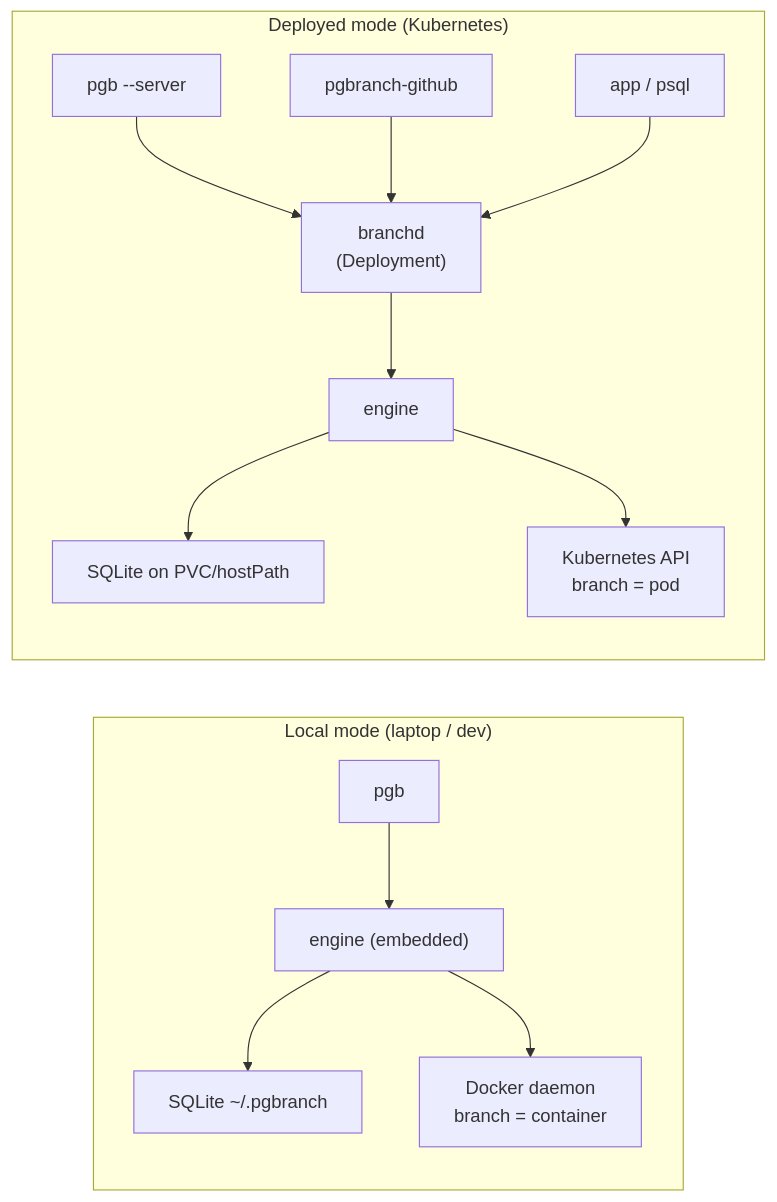
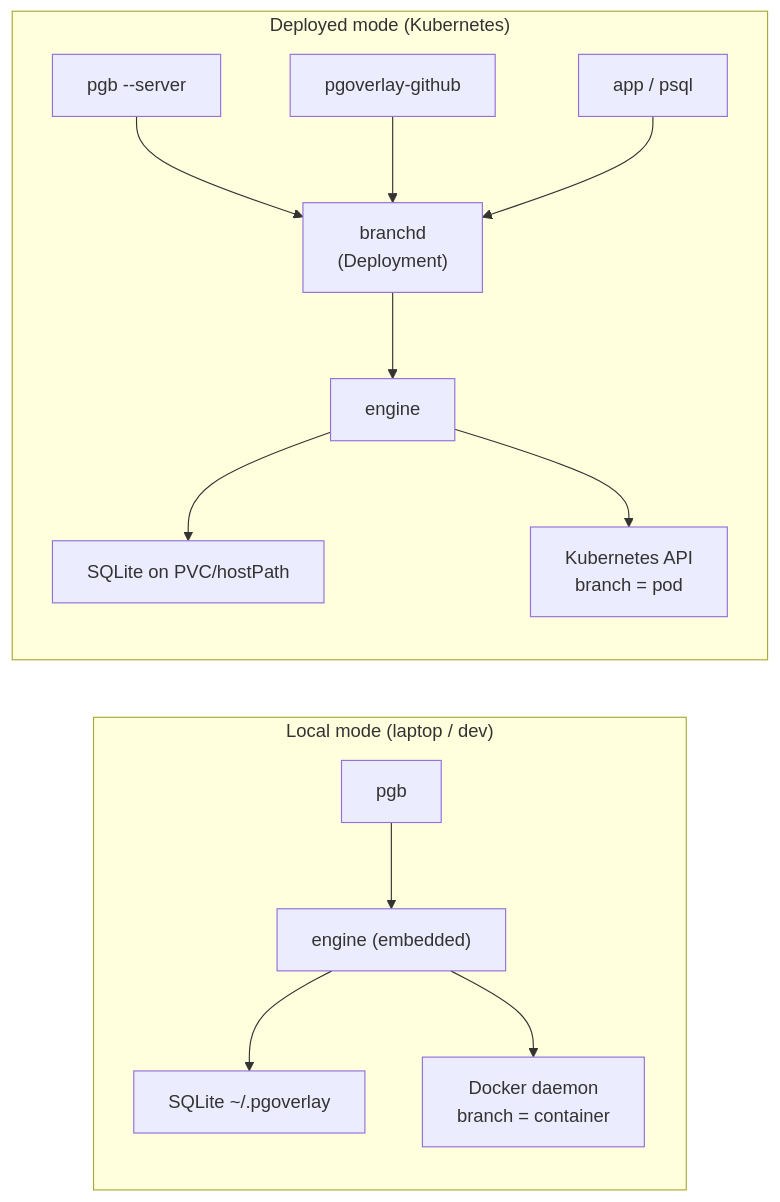
Before and after one commit to abd-ulbasit/pgoverlay: the second of 5 diagrams in docs/code-tour.md, drawn with Mermaid. The commit also changed other lines of this file and 159 other files, not shown here.

````diff
--- a/docs/code-tour.md
+++ b/docs/code-tour.md
@@ -231,17 +231,17 @@
 ```mermaid
 graph LR
     subgraph local["Local mode (laptop / dev)"]
         cli1["pgb"] --> eng1["engine (embedded)"]
-        eng1 --> reg1["SQLite ~/.pgbranch"]
+        eng1 --> reg1["SQLite ~/.pgoverlay"]
         eng1 --> dkr["Docker daemon<br/>branch = container"]
     end
 
     subgraph deployed["Deployed mode (Kubernetes)"]
         cli2["pgb --server"] --> bd["branchd<br/>(Deployment)"]
-        ghk["pgbranch-github"] --> bd
+        ghk["pgoverlay-github"] --> bd
         app["app / psql"] --> bd
         bd --> eng2["engine"]
         eng2 --> reg2["SQLite on PVC/hostPath"]
         eng2 --> k8s["Kubernetes API<br/>branch = pod"]
     end
 ```
````
